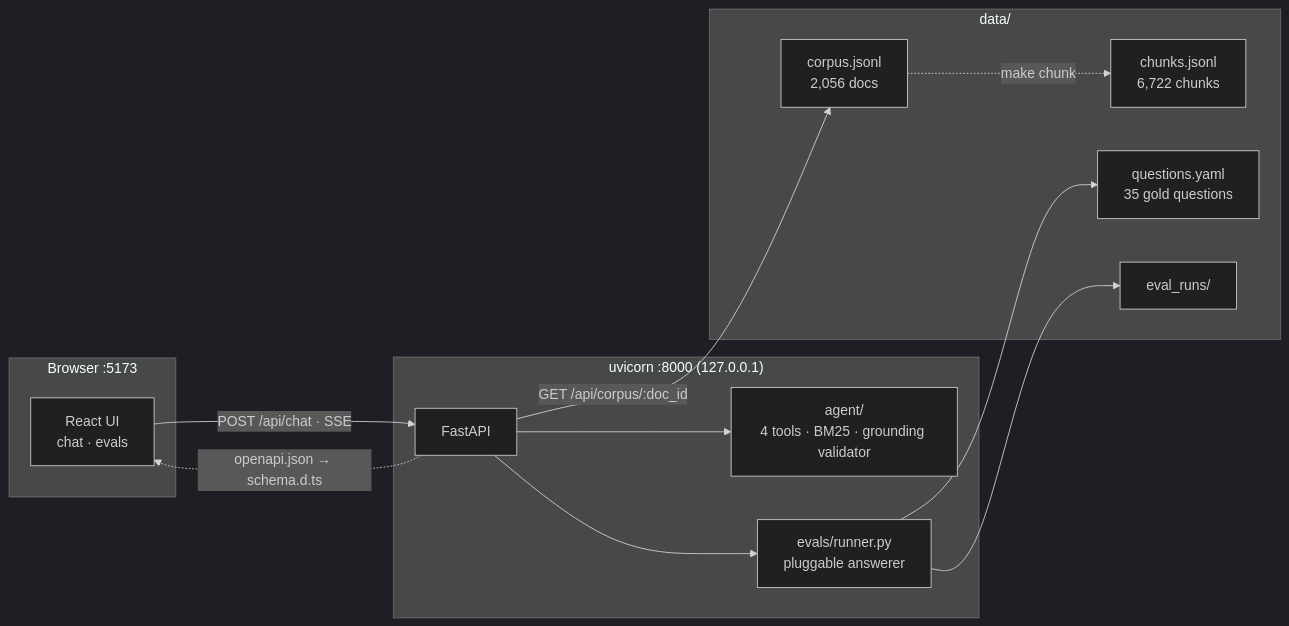
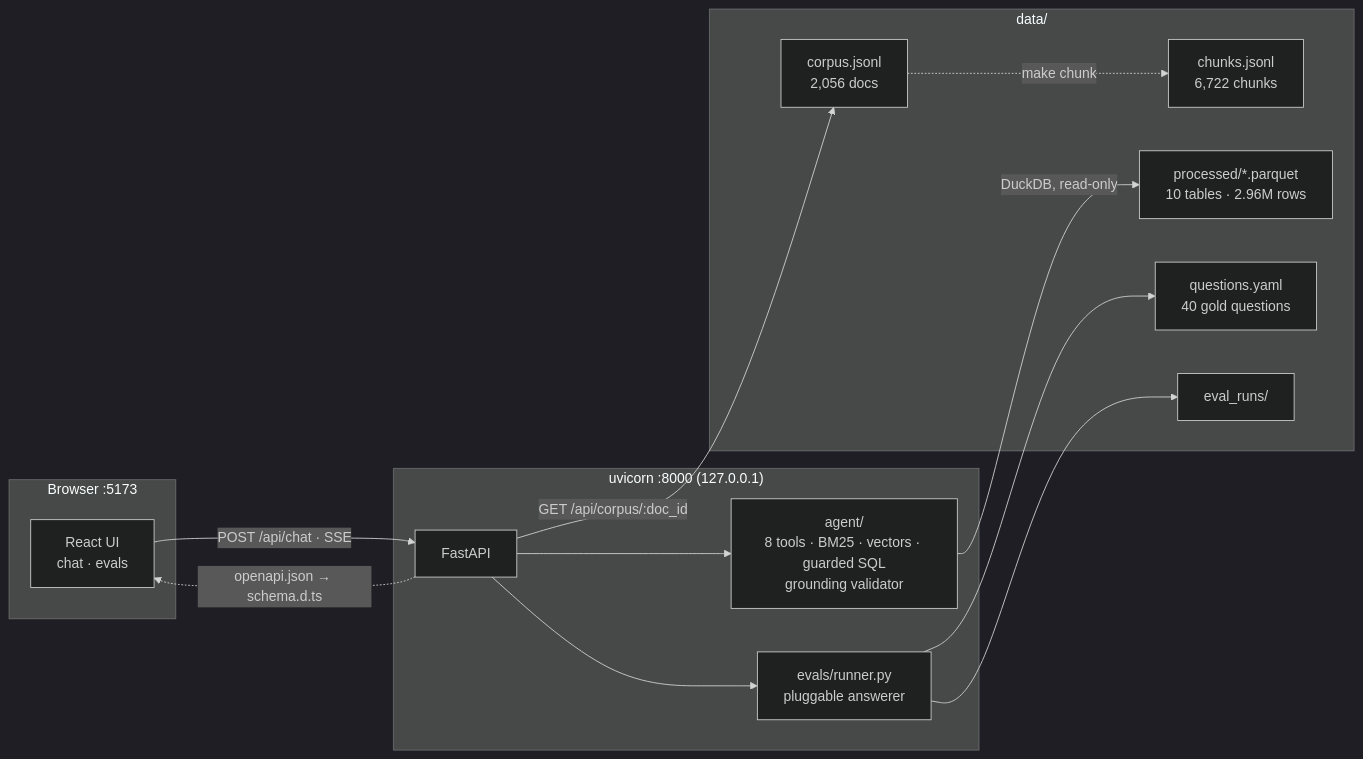
The second of 3 diagrams in README.md (ohandyya/health-coverage-navigator), drawn with Mermaid (dark theme) before and after one commit. The commit also changed other lines of this file and 50 other files, not shown here.

````diff
--- a/README.md
+++ b/README.md
@@ -171,27 +227,29 @@
 ```mermaid
 flowchart LR
     subgraph browser["Browser :5173"]
         UI["React UI<br/>chat · evals"]
     end
     subgraph api["uvicorn :8000 (127.0.0.1)"]
         FA["FastAPI"]
-        AGT["agent/<br/>4 tools · BM25 · grounding validator"]
+        AGT["agent/<br/>8 tools · BM25 · vectors · guarded SQL<br/>grounding validator"]
         EV["evals/runner.py<br/>pluggable answerer"]
     end
     subgraph disk["data/"]
         CORP["corpus.jsonl<br/>2,056 docs"]
         CHUNK["chunks.jsonl<br/>6,722 chunks"]
-        GOLD["questions.yaml<br/>35 gold questions"]
+        MIR["processed/*.parquet<br/>10 tables · 2.96M rows"]
+        GOLD["questions.yaml<br/>40 gold questions"]
         RUNS["eval_runs/"]
     end
 
     UI -->|"POST /api/chat · SSE"| FA
     FA --> AGT
     FA --> EV
     EV --> GOLD
     EV --> RUNS
     FA -->|"GET /api/corpus/:doc_id"| CORP
+    AGT -->|DuckDB, read-only| MIR
     CORP -.->|make chunk| CHUNK
 
     FA -.->|"openapi.json → schema.d.ts"| UI
 ```
````
